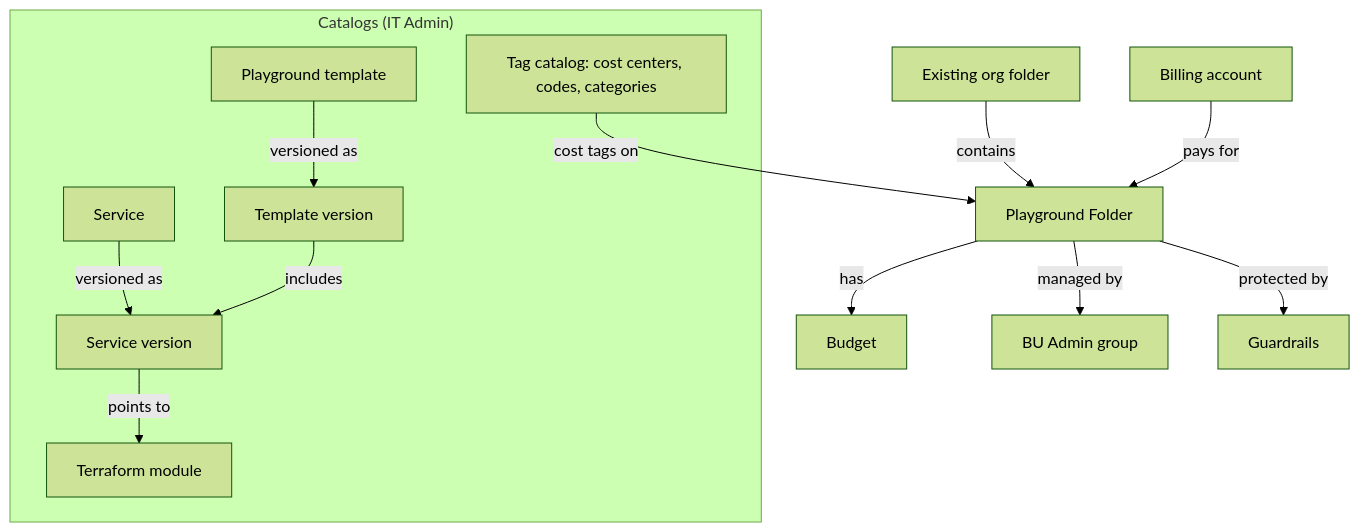
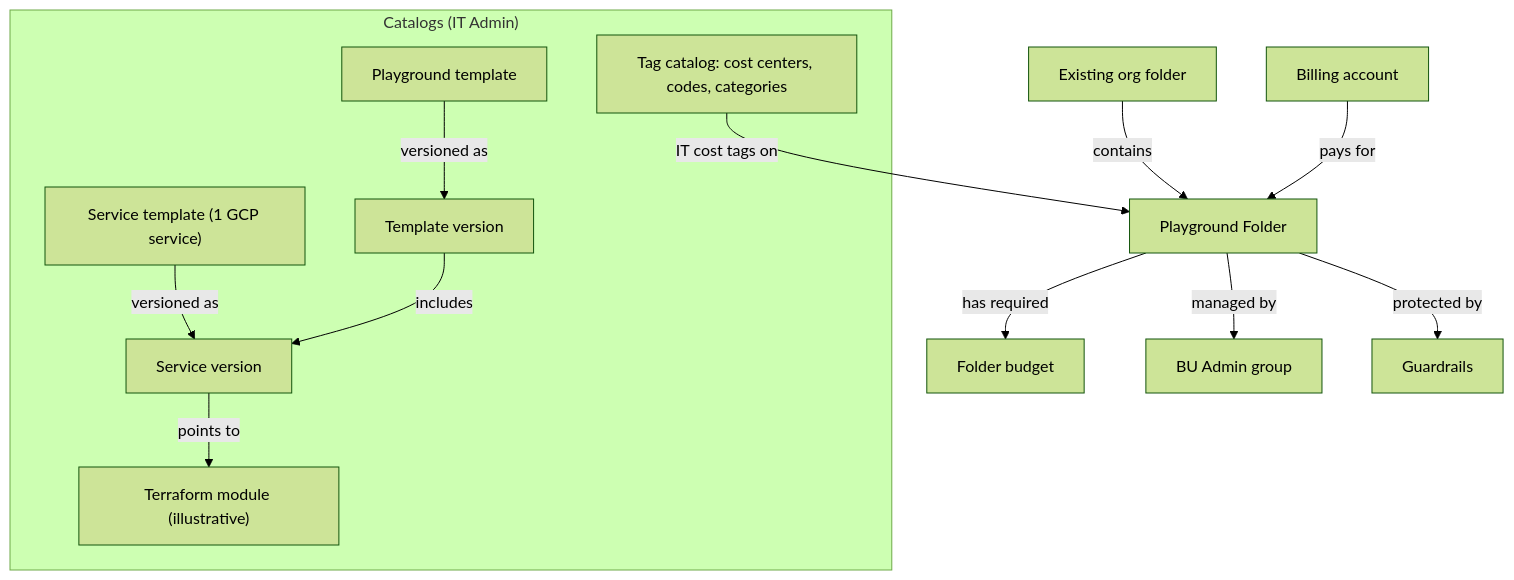
The second of 4 diagrams in specs/01-brs/brs-master.md (shankyram1912/crucible-learning-sandbox), drawn with Mermaid (forest theme) before and after one commit. The commit also changed other lines of this file, not shown here.

````diff
--- a/specs/01-brs/brs-master.md
+++ b/specs/01-brs/brs-master.md
@@ -72,16 +71,16 @@
 ```mermaid
 flowchart TD
   subgraph CATALOGS["Catalogs (IT Admin)"]
-    SVC["Service"] -->|"versioned as"| SV["Service version"]
-    SV -->|"points to"| TF["Terraform module"]
+    SVC["Service template (1 GCP service)"] -->|"versioned as"| SV["Service version"]
+    SV -->|"points to"| TF["Terraform module (illustrative)"]
     TPL["Playground template"] -->|"versioned as"| TV["Template version"]
     TV -->|"includes"| SV
     TAGC["Tag catalog: cost centers, codes, categories"]
   end
   PARENT["Existing org folder"] -->|"contains"| PF["Playground Folder"]
-  TAGC -->|"cost tags on"| PF
+  TAGC -->|"IT cost tags on"| PF
   BA["Billing account"] -->|"pays for"| PF
-  PF -->|"has"| BUD["Budget"]
+  PF -->|"has required"| BUD["Folder budget"]
   PF -->|"managed by"| BUG["BU Admin group"]
   PF -->|"protected by"| GR["Guardrails"]
 ```
````
